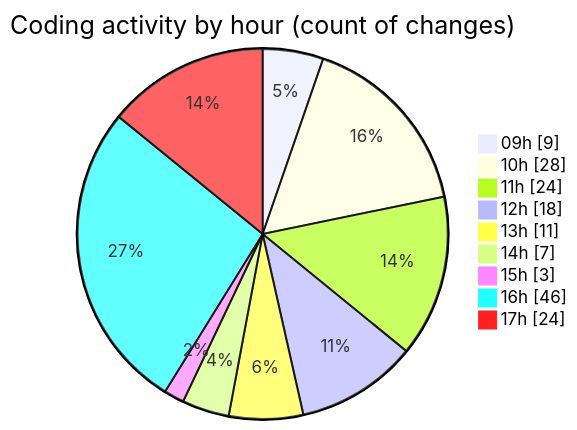
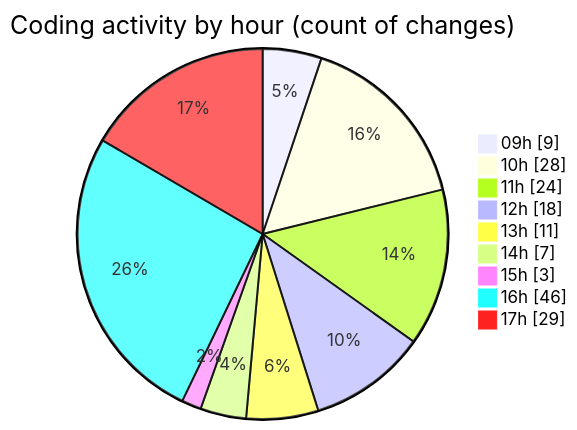
Before and after one commit to momahboobian/code-tracking: the second of 2 diagrams in 2025-09-18/cda/README.md, drawn with Mermaid. The commit also changed other lines of this file and 1 other file, not shown here.

````diff
--- a/2025-09-18/cda/README.md
+++ b/2025-09-18/cda/README.md
@@ -41,13 +41,13 @@
 ```mermaid
 pie showData
 title Coding activity by hour (count of changes)
 "09h" : 9
 "10h" : 28
 "11h" : 24
 "12h" : 18
 "13h" : 11
 "14h" : 7
 "15h" : 3
 "16h" : 46
-"17h" : 24
+"17h" : 29
 ```
````
